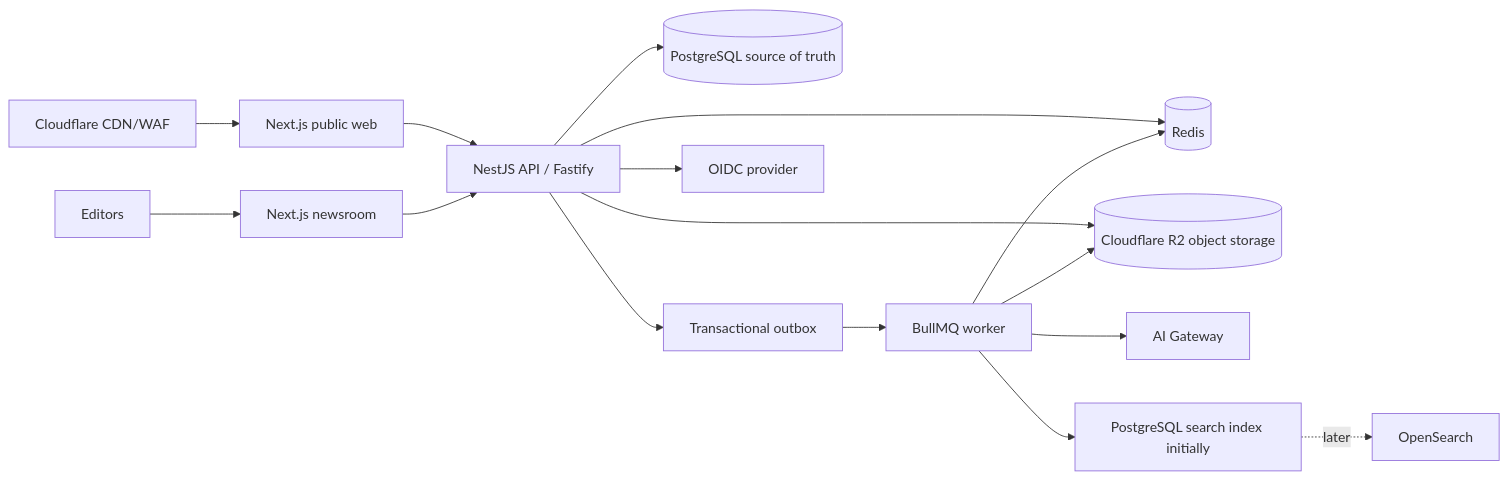
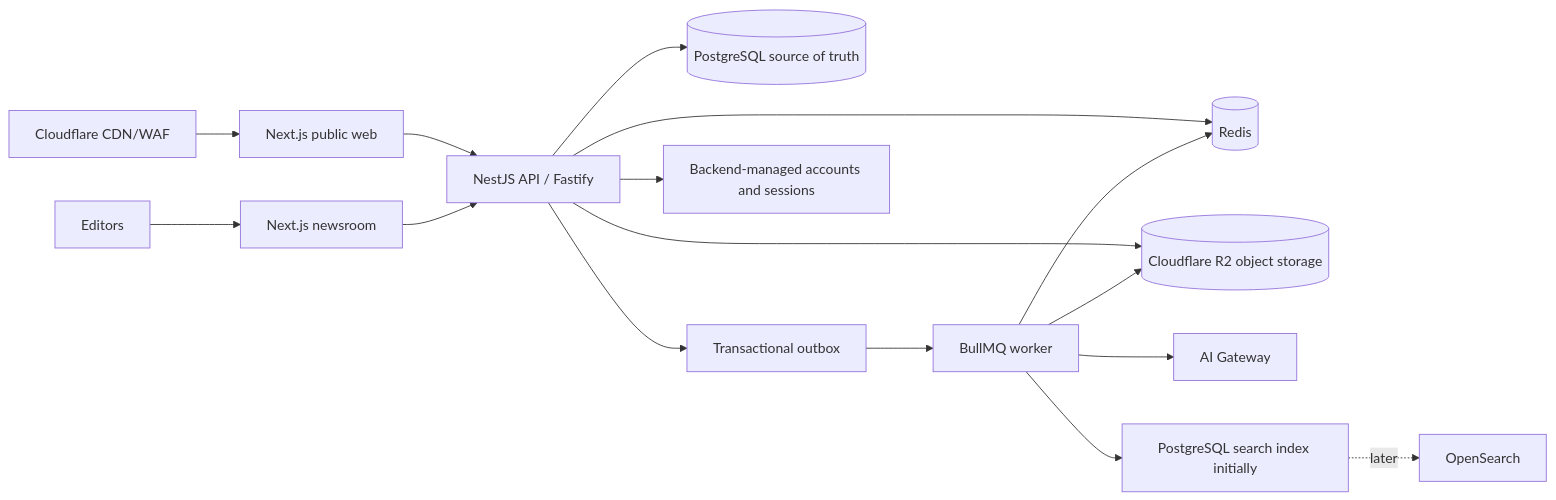
The first of 2 diagrams in docs/03-target-architecture.md (Cipher-Text/fact-lens), drawn with Mermaid before and after one commit. The commit also changed other lines of this file and 29 other files, not shown here.

````diff
--- a/docs/03-target-architecture.md
+++ b/docs/03-target-architecture.md
@@ -9,18 +9,18 @@
 ```mermaid
 flowchart LR
   CDN[Cloudflare CDN/WAF] --> WEB[Next.js public web]
   Editors[Editors] --> NEWS[Next.js newsroom]
   WEB --> API[NestJS API / Fastify]
   NEWS --> API
   API --> DB[(PostgreSQL source of truth)]
   API --> REDIS[(Redis)]
   API --> OBJ[(Cloudflare R2 object storage)]
   API --> OUTBOX[Transactional outbox]
   OUTBOX --> WORKER[BullMQ worker]
   WORKER --> REDIS
   WORKER --> OBJ
   WORKER --> AI[AI Gateway]
   WORKER --> IDX[PostgreSQL search index initially]
   IDX -. later .-> OS[OpenSearch]
-  API --> OIDC[OIDC provider]
+  API --> AUTH[Backend-managed accounts and sessions]
 ```
````
